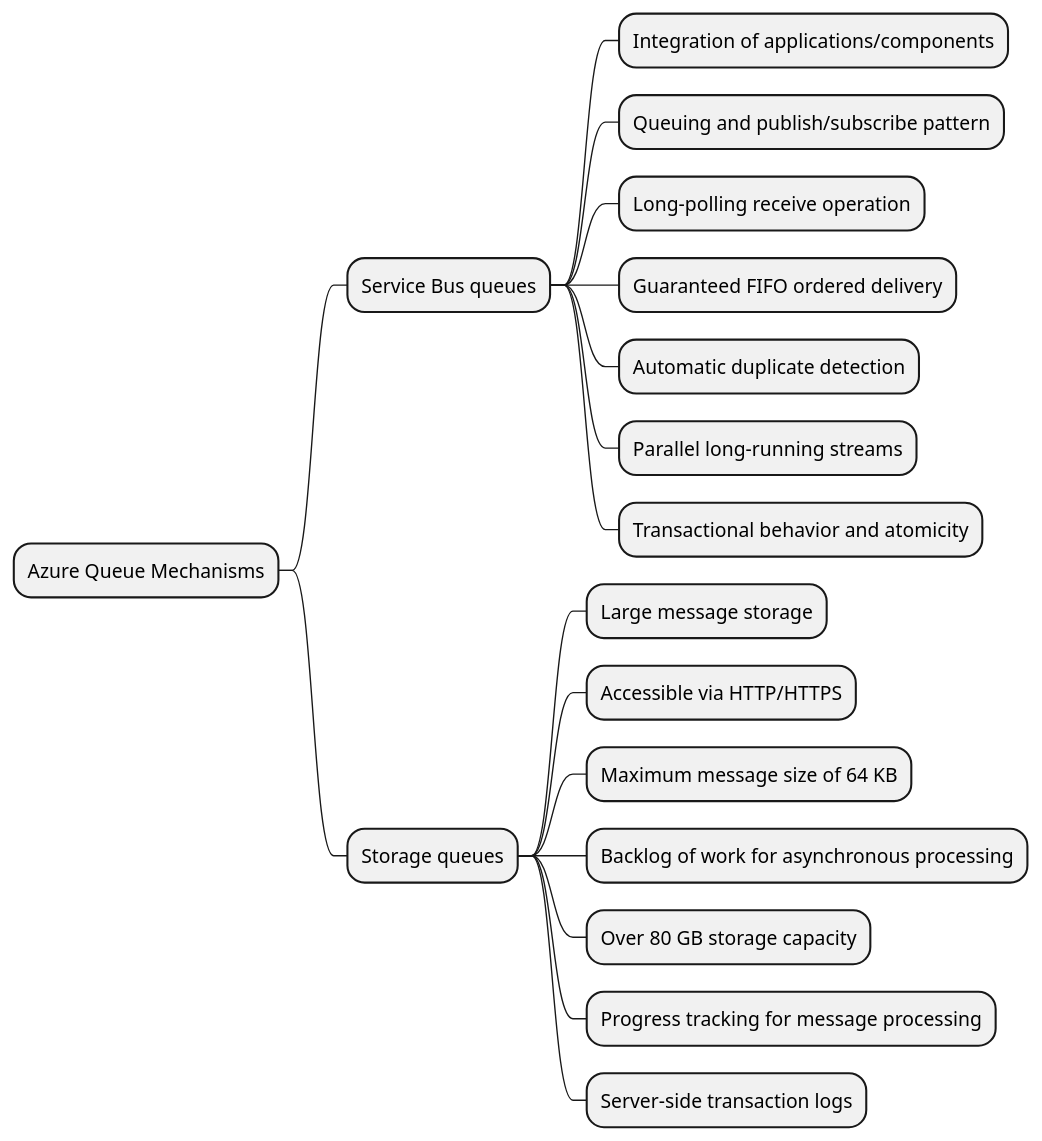
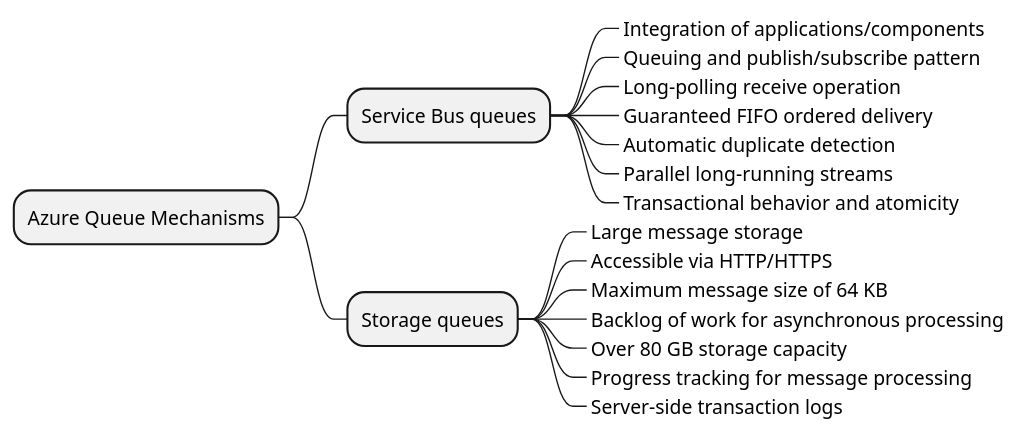
The diagram in 09 - message-queues/diagrams/1-overview-mindmap.plantuml (bobbyache/AZ-204), drawn with PlantUML before and after one commit. The commit also changed 61 other files, not shown here.

```diff
--- a/09 - message-queues/diagrams/1-overview-mindmap.plantuml
+++ b/09 - message-queues/diagrams/1-overview-mindmap.plantuml
@@ -1,19 +1,19 @@
 @startmindmap
 * Azure Queue Mechanisms
 ** Service Bus queues
-*** Integration of applications/components
-*** Queuing and publish/subscribe pattern
-*** Long-polling receive operation
-*** Guaranteed FIFO ordered delivery
-*** Automatic duplicate detection
-*** Parallel long-running streams
-*** Transactional behavior and atomicity
+***_ Integration of applications/components
+***_ Queuing and publish/subscribe pattern
+***_ Long-polling receive operation
+***_ Guaranteed FIFO ordered delivery
+***_ Automatic duplicate detection
+***_ Parallel long-running streams
+***_ Transactional behavior and atomicity
 ** Storage queues
-*** Large message storage
-*** Accessible via HTTP/HTTPS
-*** Maximum message size of 64 KB
-*** Backlog of work for asynchronous processing
-*** Over 80 GB storage capacity
-*** Progress tracking for message processing
-*** Server-side transaction logs
+***_ Large message storage
+***_ Accessible via HTTP/HTTPS
+***_ Maximum message size of 64 KB
+***_ Backlog of work for asynchronous processing
+***_ Over 80 GB storage capacity
+***_ Progress tracking for message processing
+***_ Server-side transaction logs
 @endmindmap
```
